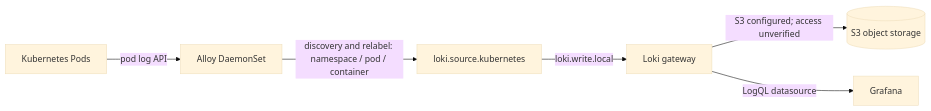
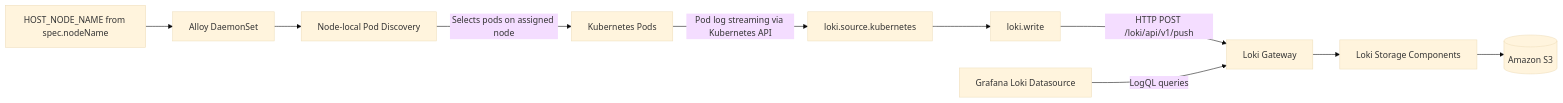
One commit to eugenewongyj/cloud-ntu-capstone-group2-infra changed the fifth of 5 diagrams in gitops/README.md. Above: the diagram before and after it, drawn with Mermaid (base theme).

Commit message:
Enhance Alloy DaemonSet flowchart with pod discovery
Added node-local pod discovery and log streaming details to the Alloy DaemonSet flowchart.

````diff
--- a/gitops/README.md
+++ b/gitops/README.md
@@ -878,8 +878,12 @@
 ```mermaid
 flowchart LR
-  K[Kubernetes Pods] -->|pod log API| A[Alloy DaemonSet]
-  A -->|discovery and relabel: namespace / pod / container| LS[loki.source.kubernetes]
-  LS -->|loki.write.local| LG[Loki gateway]
-  LG -->|S3 configured; access unverified| S3[(S3 object storage)]
-  LG -->|LogQL datasource| G[Grafana]
+    N["HOST_NODE_NAME from spec.nodeName"] --> A["Alloy DaemonSet"]
+    A --> D["Node-local Pod Discovery"]
+    D -->|"Selects pods on assigned node"| K["Kubernetes Pods"]
+    K -->|"Pod log streaming via Kubernetes API"| LS["loki.source.kubernetes"]
+    LS --> LW["loki.write"]
+    LW -->|"HTTP POST /loki/api/v1/push"| LG["Loki Gateway"]
+    LG --> L["Loki Storage Components"]
+    L --> S3[("Amazon S3")]
+    G["Grafana Loki Datasource"] -->|"LogQL queries"| LG
 ```
````
